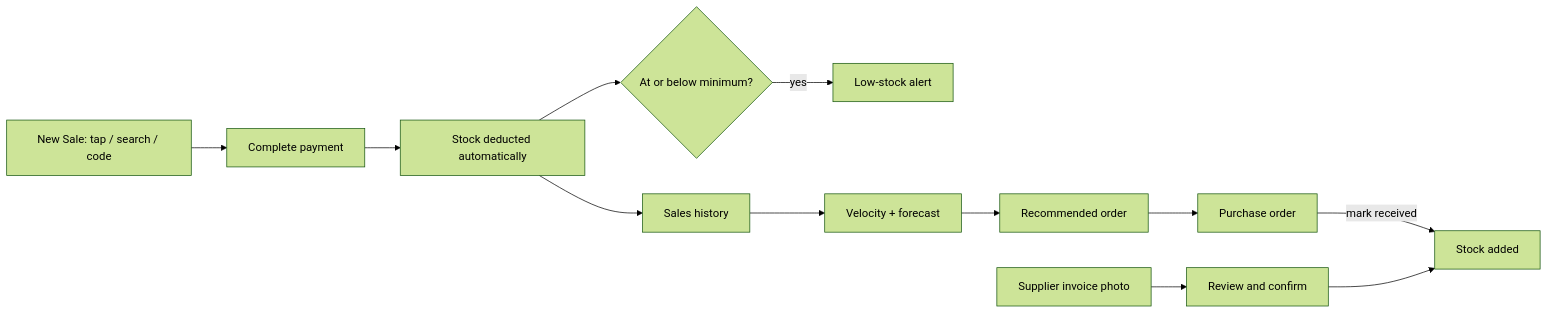
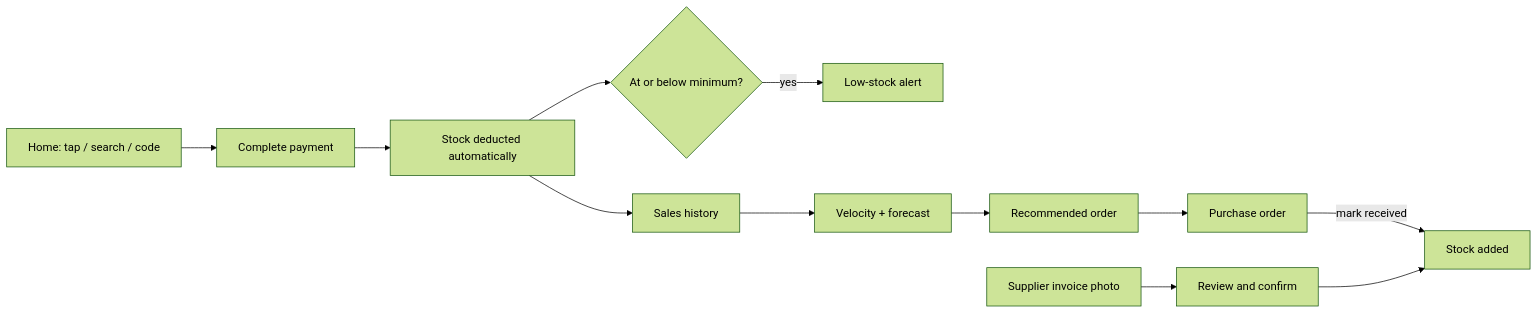
Before and after one commit to Avaneendhra/retail-pro-prototype: the diagram in README.md, drawn with Mermaid (forest theme). The commit also changed other lines of this file and 19 other files, not shown here.

First line of the commit message:
One scanner for Add Product, rename New Sale to Home, stokd branding

````diff
--- a/README.md
+++ b/README.md
@@ -32,13 +33,13 @@
 ```mermaid
 flowchart LR
-    A[New Sale: tap / search / code] --> B[Complete payment]
+    A[Home: tap / search / code] --> B[Complete payment]
     B --> C[Stock deducted automatically]
     C --> D{At or below minimum?}
     D -->|yes| E[Low-stock alert]
     C --> F[Sales history]
     F --> G[Velocity + forecast]
     G --> H[Recommended order]
     H --> I[Purchase order]
     I -->|mark received| J[Stock added]
     K[Supplier invoice photo] --> L[Review and confirm] --> J
 ```
````
